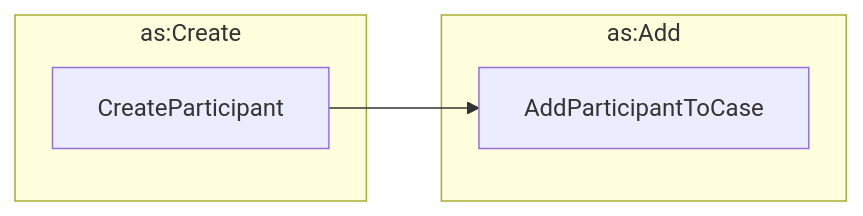
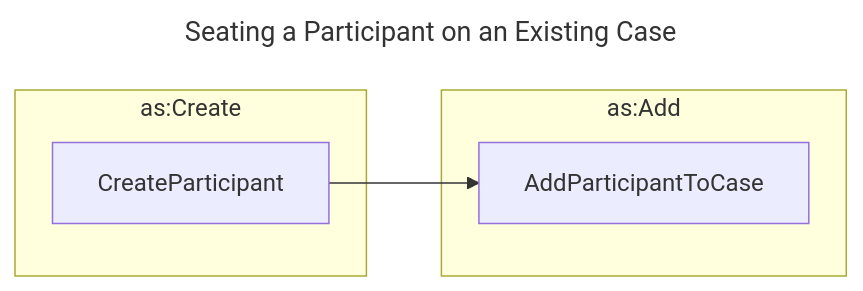
The diagram in docs/howto/activitypub/activities/initialize_participant.md (CERTCC/Vultron), drawn with Mermaid before and after one commit. The commit also changed other lines of this file and 20 other files, not shown here.

````diff
--- a/docs/howto/activitypub/activities/initialize_participant.md
+++ b/docs/howto/activitypub/activities/initialize_participant.md
@@ -28,10 +28,13 @@
 ```mermaid
+---
+title: Seating a Participant on an Existing Case
+---
 flowchart LR
     subgraph as:Create
         CreateParticipant
     end
     subgraph as:Add
         AddParticipantToCase
     end
     CreateParticipant --> AddParticipantToCase
 ```
````
